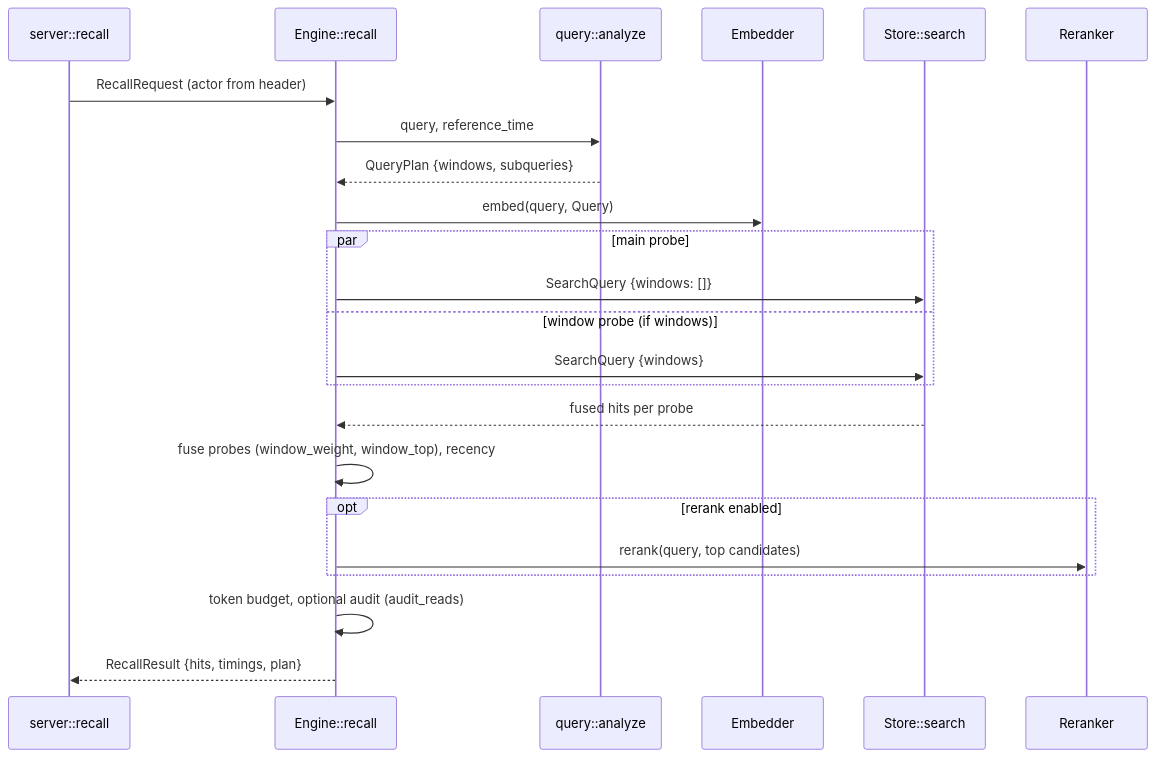
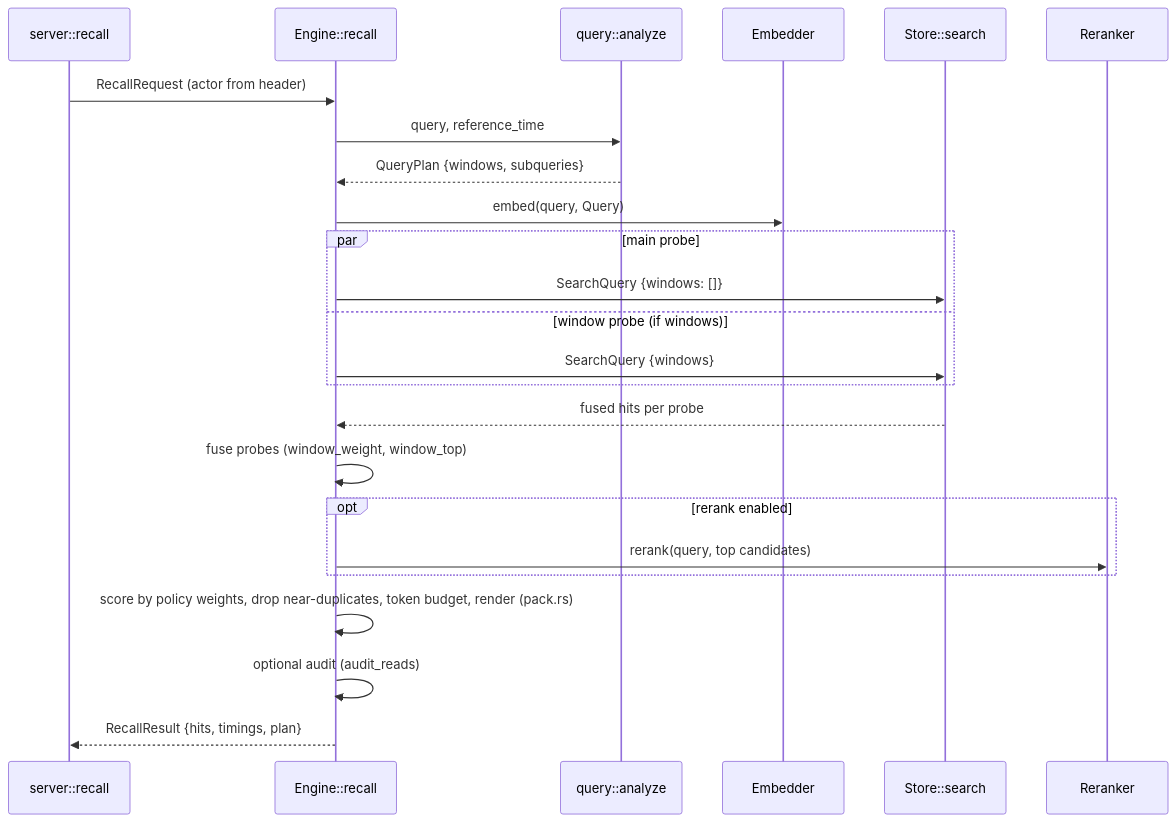
The second of 4 diagrams in docs/development.md (memhousehq/memhouse), drawn with Mermaid before and after one commit. The commit also changed other lines of this file and 29 other files, not shown here.

````diff
--- a/docs/development.md
+++ b/docs/development.md
@@ -164,25 +169,26 @@
 ```mermaid
 sequenceDiagram
     participant H as server::recall
     participant E as Engine::recall
     participant Q as query::analyze
     participant M as Embedder
     participant S as Store::search
     participant R as Reranker
     H->>E: RecallRequest (actor from header)
     E->>Q: query, reference_time
     Q-->>E: QueryPlan {windows, subqueries}
     E->>M: embed(query, Query)
     par main probe
         E->>S: SearchQuery {windows: []}
     and window probe (if windows)
         E->>S: SearchQuery {windows}
     end
     S-->>E: fused hits per probe
-    E->>E: fuse probes (window_weight, window_top), recency
+    E->>E: fuse probes (window_weight, window_top)
     opt rerank enabled
         E->>R: rerank(query, top candidates)
     end
-    E->>E: token budget, optional audit (audit_reads)
+    E->>E: score by policy weights, drop near-duplicates, token budget, render (pack.rs)
+    E->>E: optional audit (audit_reads)
     E-->>H: RecallResult {hits, timings, plan}
 ```
````
